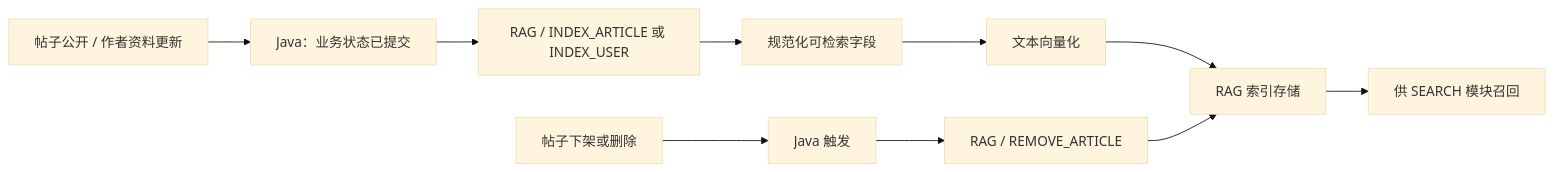
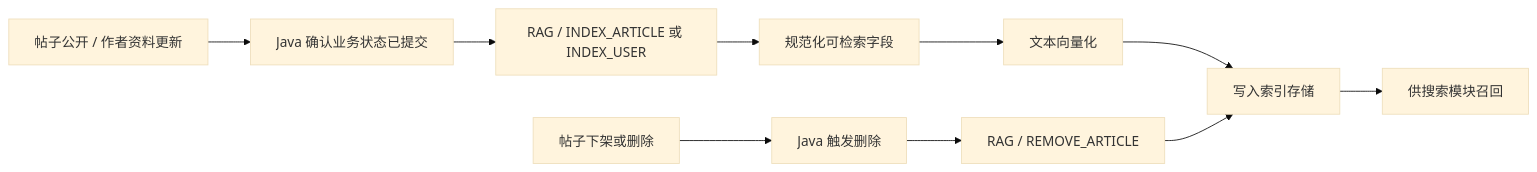
Before and after one commit to pluchon/mengmeng_forum: diagram 16 of 19 in README.md, drawn with Mermaid (base theme). The commit also changed other lines of this file, not shown here.

````diff
--- a/README.md
+++ b/README.md
@@ -360,12 +383,12 @@
 ```mermaid
 flowchart LR
-  PUB["帖子公开 / 作者资料更新"] --> J["Java：业务状态已提交"]
+  PUB["帖子公开 / 作者资料更新"] --> J["Java 确认业务状态已提交"]
   J --> IDX["RAG / INDEX_ARTICLE 或 INDEX_USER"]
   IDX --> CLEAN["规范化可检索字段"]
   CLEAN --> EMBED["文本向量化"]
-  EMBED --> STORE["RAG 索引存储"]
-  REMOVE["帖子下架或删除"] --> J2["Java 触发"]
+  EMBED --> STORE["写入索引存储"]
+  REMOVE["帖子下架或删除"] --> J2["Java 触发删除"]
   J2 --> DEL["RAG / REMOVE_ARTICLE"]
   DEL --> STORE
-  STORE --> SEARCH["供 SEARCH 模块召回"]
+  STORE --> SEARCH["供搜索模块召回"]
 ```
````
